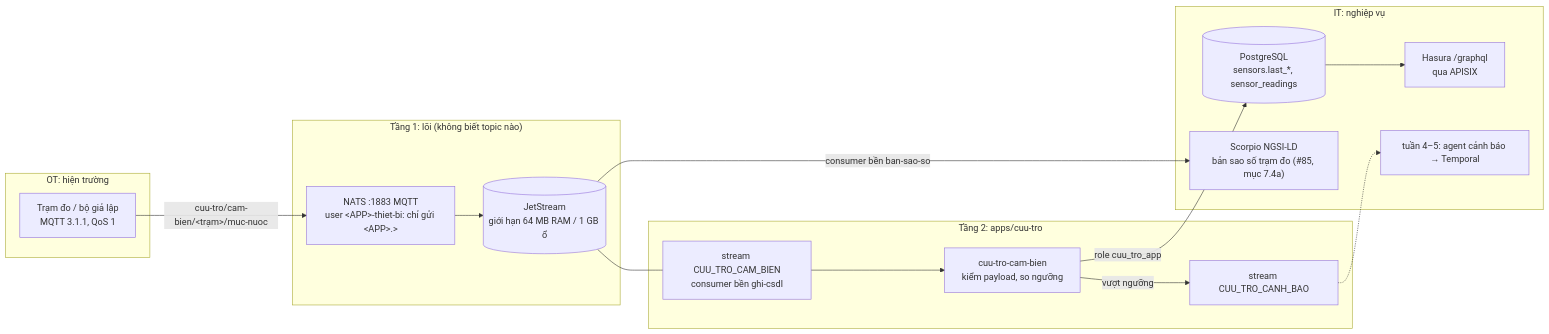
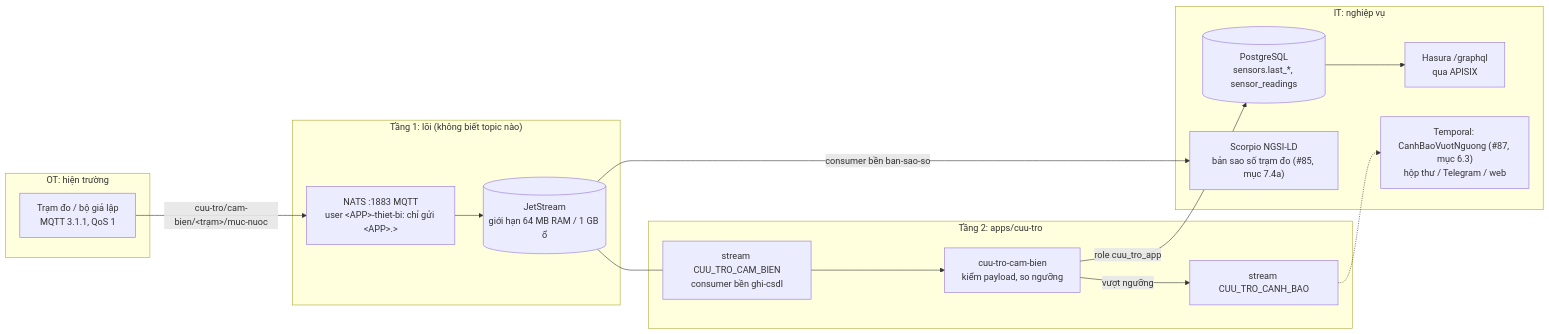
One commit to disaster-dxos/disaster-dxos changed diagram 14 of 18 in docs/architecture.md. Above: the diagram before and after it, drawn with Mermaid. The commit also changed other lines of this file and 35 other files, not shown here.

````diff
--- a/docs/architecture.md
+++ b/docs/architecture.md
@@ -633,26 +679,26 @@
 ```mermaid
 flowchart LR
   subgraph ot["OT: hiện trường"]
     dev["Trạm đo / bộ giả lập<br/>MQTT 3.1.1, QoS 1"]
   end
   subgraph core["Tầng 1: lõi (không biết topic nào)"]
     mq["NATS :1883 MQTT<br/>user &lt;APP&gt;-thiet-bi: chỉ gửi &lt;APP&gt;.&gt;"]
     js[("JetStream<br/>giới hạn 64 MB RAM / 1 GB ổ")]
     mq --> js
   end
   subgraph app["Tầng 2: apps/cuu-tro"]
     st["stream CUU_TRO_CAM_BIEN<br/>consumer bền ghi-csdl"]
     cs["cuu-tro-cam-bien<br/>kiểm payload, so ngưỡng"]
     cb["stream CUU_TRO_CANH_BAO"]
   end
   subgraph it["IT: nghiệp vụ"]
     db[("PostgreSQL<br/>sensors.last_*, sensor_readings")]
     gql["Hasura /graphql<br/>qua APISIX"]
     twin["Scorpio NGSI-LD<br/>bản sao số trạm đo (#85, mục 7.4a)"]
-    later["tuần 4–5: agent cảnh báo → Temporal"]
+    later["Temporal: CanhBaoVuotNguong (#87, mục 6.3)<br/>hộp thư / Telegram / web"]
   end
   dev -->|"cuu-tro/cam-bien/&lt;trạm&gt;/muc-nuoc"| mq
   js --- st --> cs -->|"role cuu_tro_app"| db --> gql
   cs -->|"vượt ngưỡng"| cb -.-> later
   js -->|"consumer bền ban-sao-so"| twin
 ```
````
